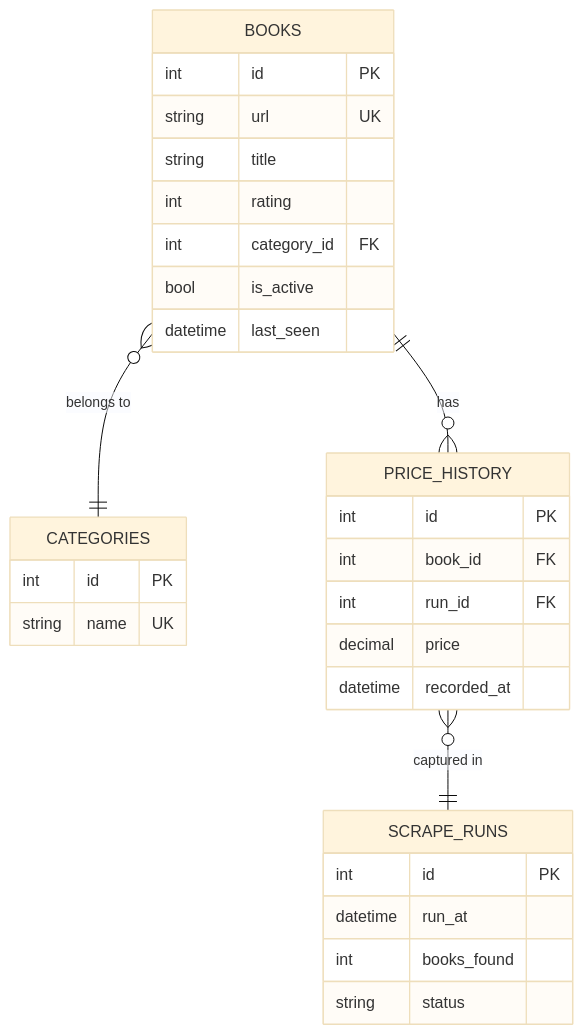
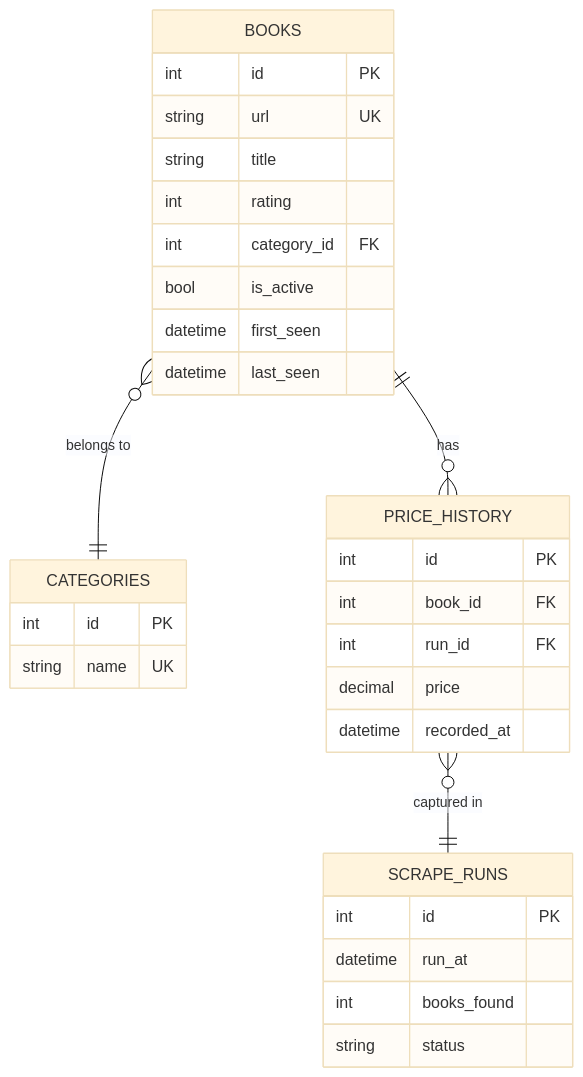
Before and after one commit to dhakalmahima188/Scrapping-Assignment: the first of 2 diagrams in answers.md, drawn with Mermaid (base theme). The commit also changed other lines of this file and 2 other files, not shown here.

````diff
--- a/answers.md
+++ b/answers.md
@@ -92,36 +119,37 @@
 ```mermaid
 erDiagram
     SCRAPE_RUNS {
         int     id          PK
         datetime run_at
         int     books_found
         string  status
     }
 
     CATEGORIES {
         int     id          PK
         string  name        UK
     }
 
     BOOKS {
         int     id          PK
         string  url         UK
         string  title
         int     rating
         int     category_id FK
         bool    is_active
+        datetime first_seen
         datetime last_seen
     }
 
     PRICE_HISTORY {
         int     id          PK
         int     book_id     FK
         int     run_id      FK
         decimal price
         datetime recorded_at
     }
 
     BOOKS }o--|| CATEGORIES : "belongs to"
     BOOKS ||--o{ PRICE_HISTORY : "has"
     PRICE_HISTORY }o--|| SCRAPE_RUNS : "captured in"
 ```
````
